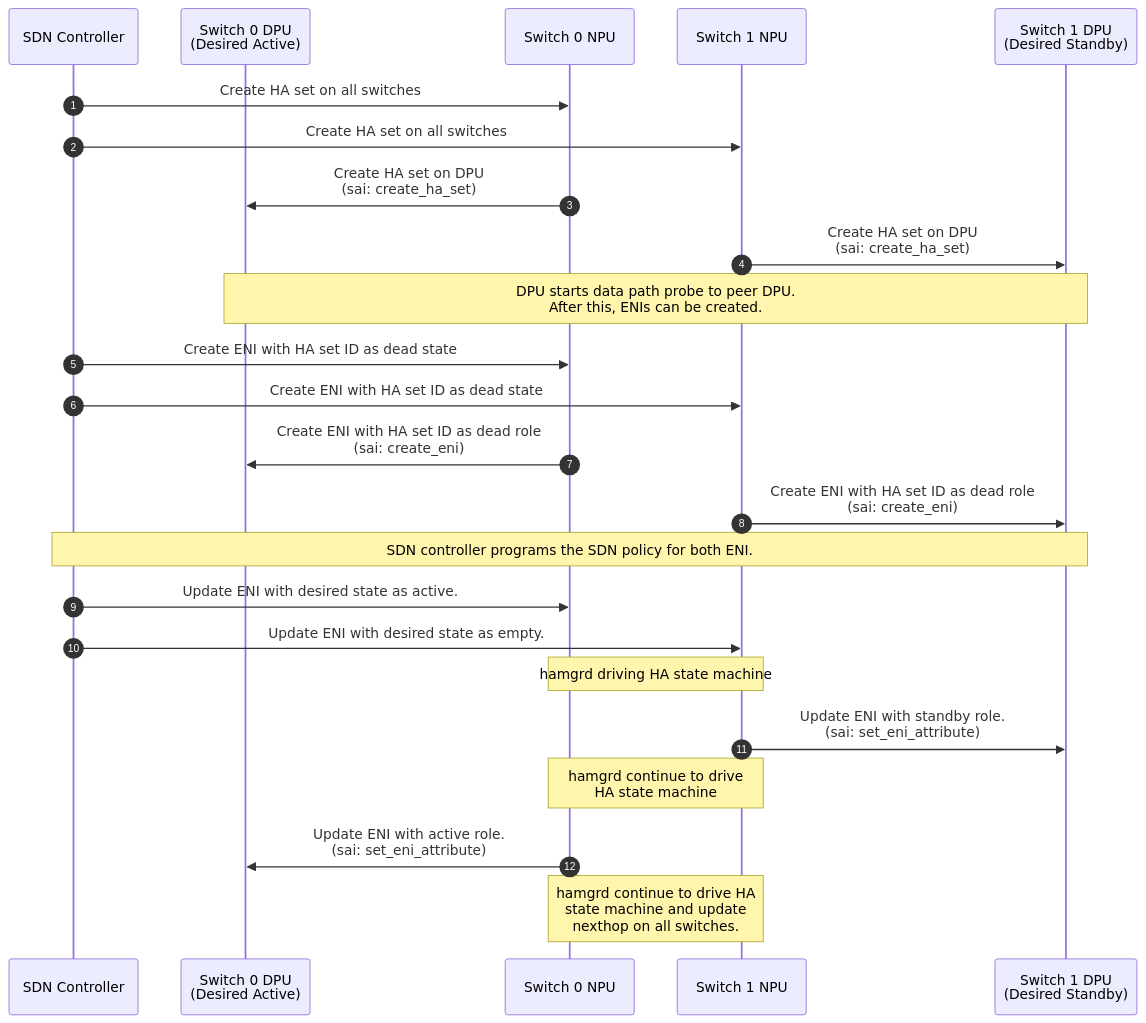
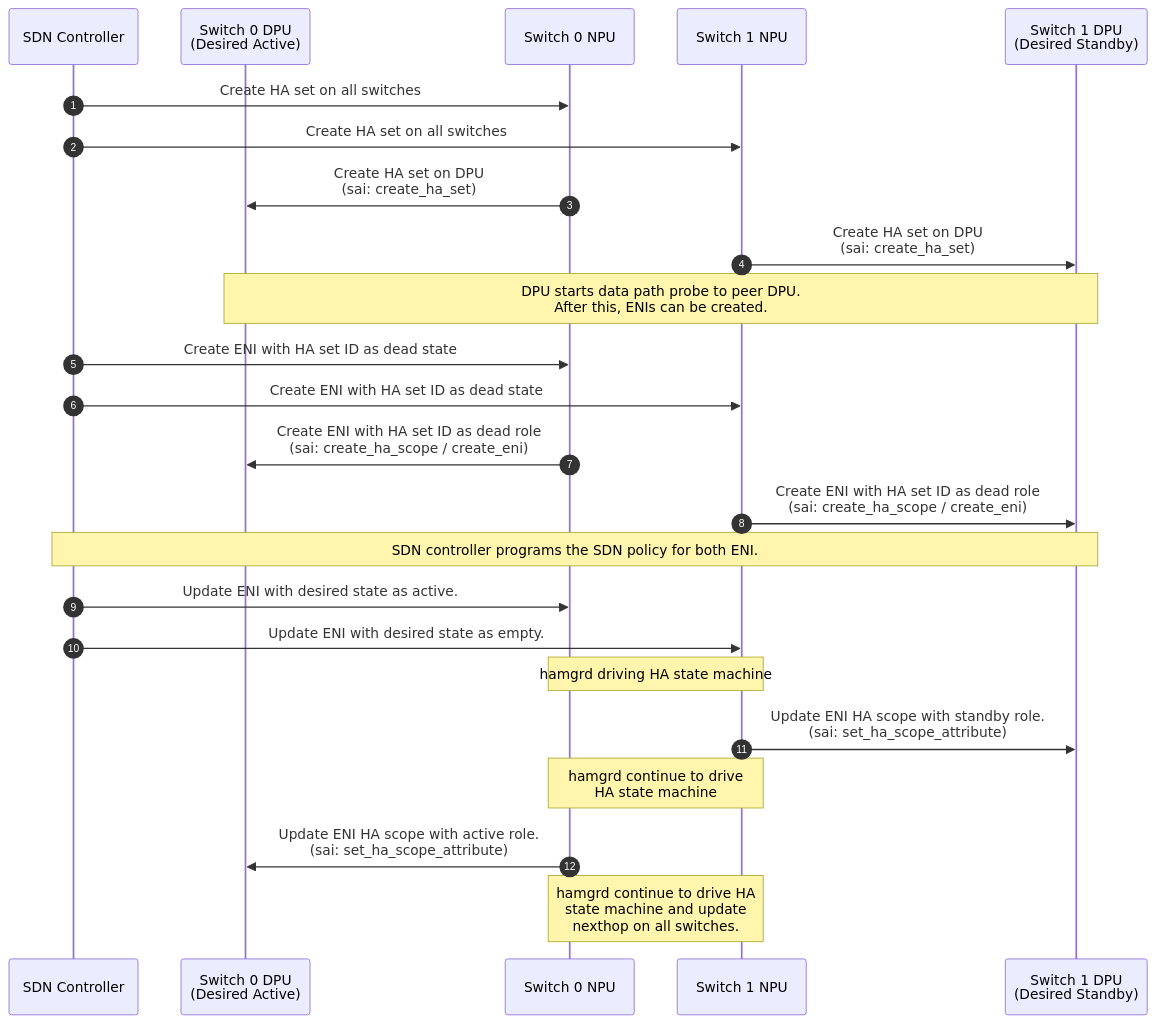
One commit to sonic-net/DASH changed the second of 5 diagrams in documentation/high-avail/ha-api-hld.md. Above: the diagram before and after it, drawn with Mermaid. The commit also changed other lines of this file, not shown here.

````diff
--- a/documentation/high-avail/ha-api-hld.md
+++ b/documentation/high-avail/ha-api-hld.md
@@ -394,34 +394,34 @@
 ```mermaid
 sequenceDiagram
     autonumber
 
     participant SDN as SDN Controller
     participant S0D as Switch 0 DPU<br>(Desired Active)
     participant S0N as Switch 0 NPU
     participant S1N as Switch 1 NPU
     participant S1D as Switch 1 DPU<br>(Desired Standby)
 
     SDN->>S0N: Create HA set on all switches
     SDN->>S1N: Create HA set on all switches
 
     S0N->>S0D: Create HA set on DPU<br>(sai: create_ha_set)
     S1N->>S1D: Create HA set on DPU<br>(sai: create_ha_set)
     Note over S0D,S1D: DPU starts data path probe to peer DPU.<br>After this, ENIs can be created.
 
     SDN->>S0N: Create ENI with HA set ID as dead state
     SDN->>S1N: Create ENI with HA set ID as dead state
 
-    S0N->>S0D: Create ENI with HA set ID as dead role<br>(sai: create_eni)
-    S1N->>S1D: Create ENI with HA set ID as dead role<br>(sai: create_eni)
+    S0N->>S0D: Create ENI with HA set ID as dead role<br>(sai:  create_ha_scope / create_eni)
+    S1N->>S1D: Create ENI with HA set ID as dead role<br>(sai: create_ha_scope / create_eni)
     Note over SDN,S1D: SDN controller programs the SDN policy for both ENI.
 
     SDN->>S0N: Update ENI with desired state as active.
     SDN->>S1N: Update ENI with desired state as empty.
     Note over S0N,S1N: hamgrd driving HA state machine
 
-    S1N->>S1D: Update ENI with standby role.<br>(sai: set_eni_attribute)
+    S1N->>S1D: Update ENI HA scope with standby role.<br>(sai: set_ha_scope_attribute)
     Note over S0N,S1N: hamgrd continue to drive<br>HA state machine
-    S0N->>S0D: Update ENI with active role.<br>(sai: set_eni_attribute)
+    S0N->>S0D: Update ENI HA scope with active role.<br>(sai: set_ha_scope_attribute)
 
     Note over S0N,S1N: hamgrd continue to drive HA<br>state machine and update<br>nexthop on all switches.
 ```
````
